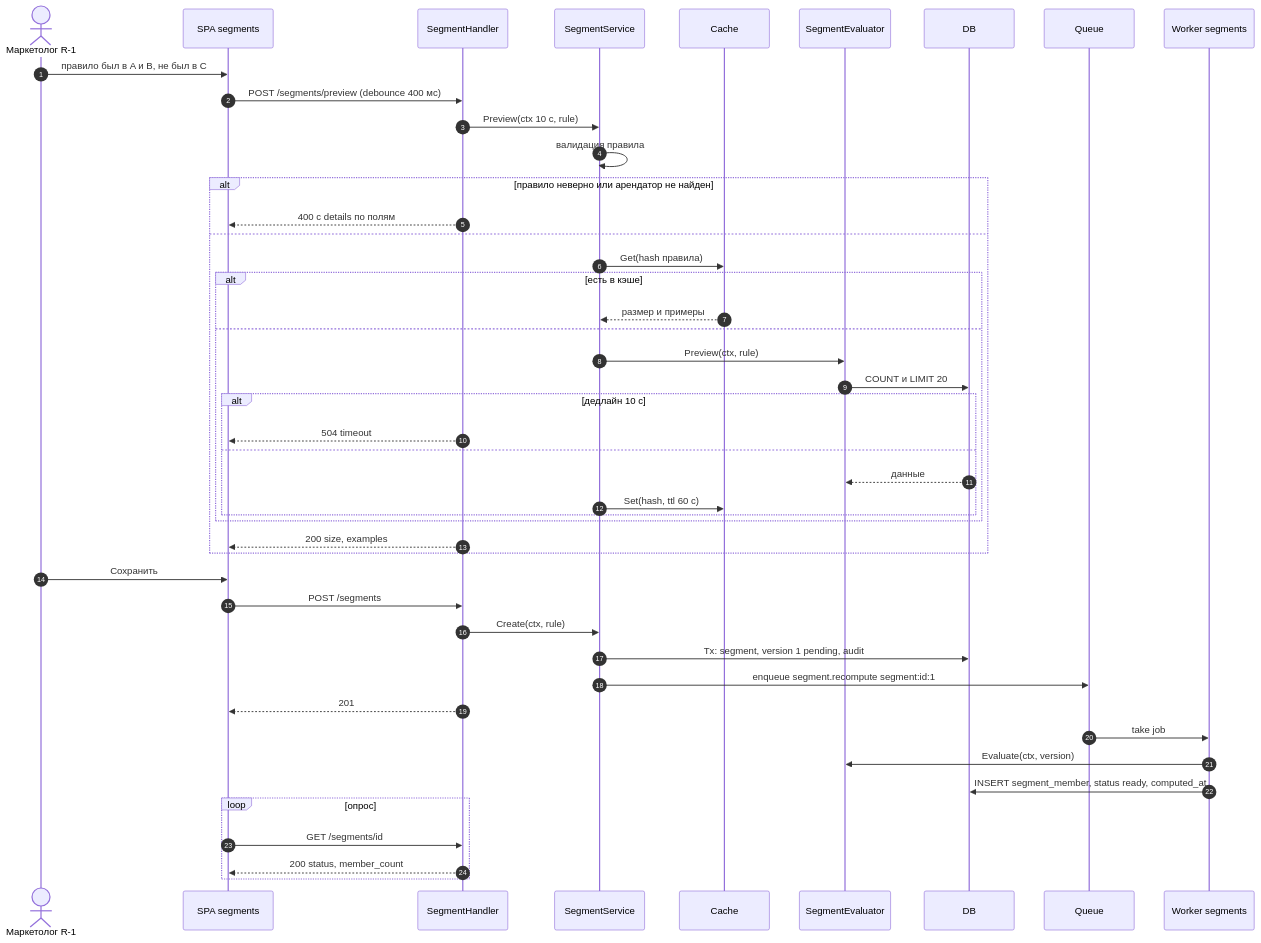
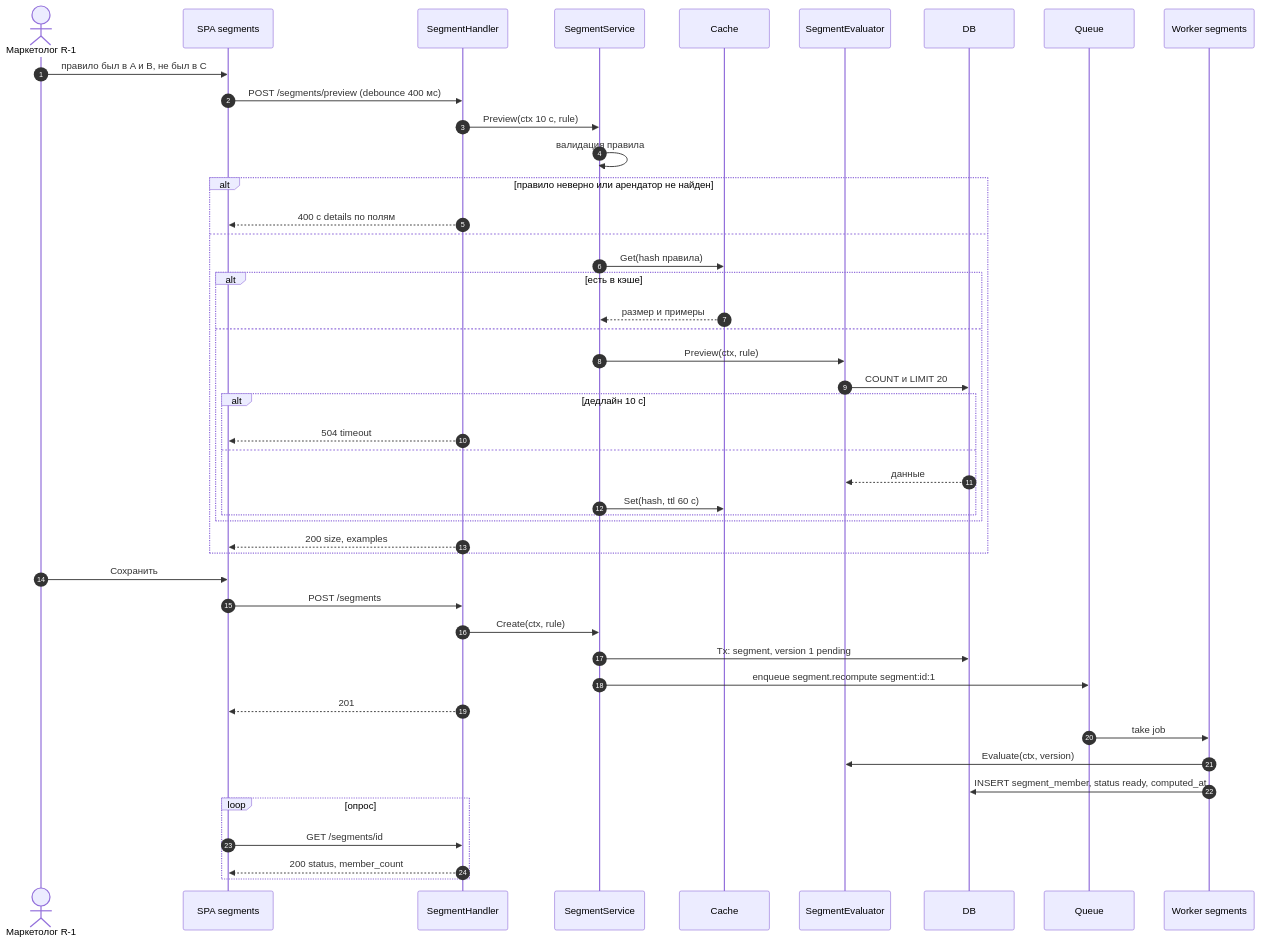
The fourth of 9 diagrams in docs/design/09-sequence-diagrams.md (MangriMen/UCRP), drawn with Mermaid before and after one commit. The commit also changed other lines of this file and 195 other files, not shown here.

````diff
--- a/docs/design/09-sequence-diagrams.md
+++ b/docs/design/09-sequence-diagrams.md
@@ -143,48 +143,48 @@
 ```mermaid
 sequenceDiagram
   autonumber
   actor M as Маркетолог R-1
   participant SPA as SPA segments
   participant H as SegmentHandler
   participant S as SegmentService
   participant K as Cache
   participant E as SegmentEvaluator
   participant DB as DB
   participant Q as Queue
   participant W as Worker segments
   M->>SPA: правило был в A и B, не был в C
   SPA->>H: POST /segments/preview (debounce 400 мс)
   H->>S: Preview(ctx 10 с, rule)
   S->>S: валидация правила
   alt правило неверно или арендатор не найден
     H-->>SPA: 400 с details по полям
   else
     S->>K: Get(hash правила)
     alt есть в кэше
       K-->>S: размер и примеры
     else
       S->>E: Preview(ctx, rule)
       E->>DB: COUNT и LIMIT 20
       alt дедлайн 10 с
         H-->>SPA: 504 timeout
       else
         DB-->>E: данные
         S->>K: Set(hash, ttl 60 с)
       end
     end
     H-->>SPA: 200 size, examples
   end
   M->>SPA: Сохранить
   SPA->>H: POST /segments
   H->>S: Create(ctx, rule)
-  S->>DB: Tx: segment, version 1 pending, audit
+  S->>DB: Tx: segment, version 1 pending
   S->>Q: enqueue segment.recompute segment:id:1
   H-->>SPA: 201
   Q->>W: take job
   W->>E: Evaluate(ctx, version)
   W->>DB: INSERT segment_member, status ready, computed_at
   loop опрос
     SPA->>H: GET /segments/id
     H-->>SPA: 200 status, member_count
   end
 ```
````
